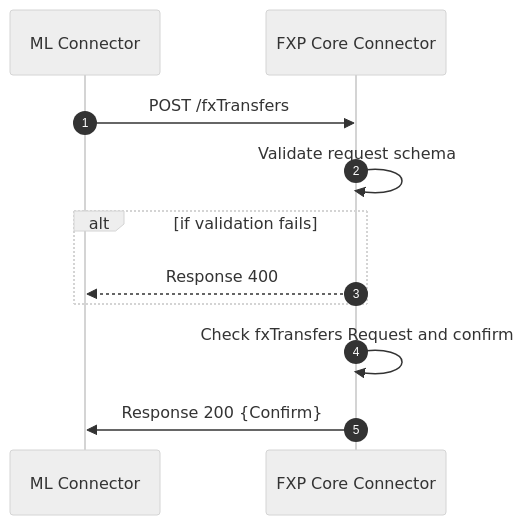
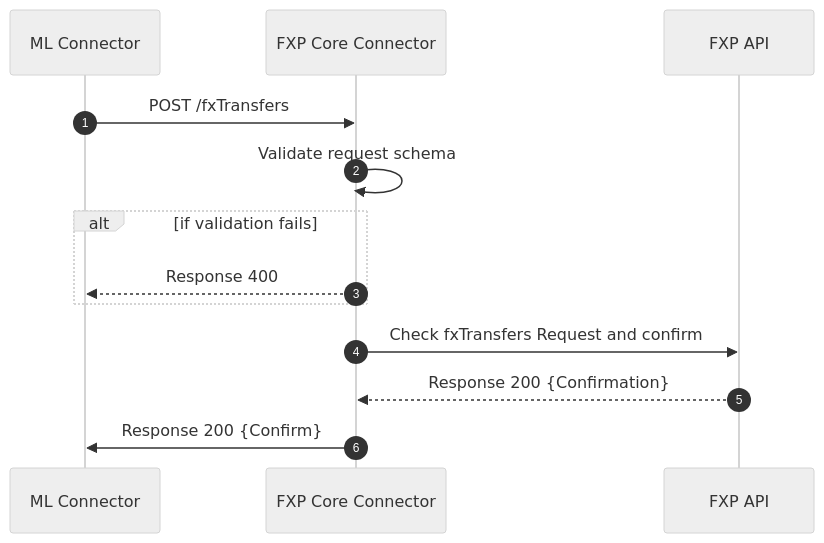
One commit to mojaloop/ml-reference-connectors changed the diagram in packages/core-connector-lib/docs/fxp/fxp-fxTransfers.md. Above: the diagram before and after it, drawn with Mermaid (neutral theme). The commit also changed 1 other file, not shown here.

Commit message:
feat: added docs for the fxp core connector

````diff
--- a/packages/core-connector-lib/docs/fxp/fxp-fxTransfers.md
+++ b/packages/core-connector-lib/docs/fxp/fxp-fxTransfers.md
@@ -5,11 +5,12 @@
 ```mermaid
 sequenceDiagram
     autonumber
     ML Connector ->> FXP Core Connector: POST /fxTransfers
     FXP Core Connector ->> FXP Core Connector: Validate request schema
     Alt if validation fails
     FXP Core Connector -->> ML Connector: Response 400
     End
-    FXP Core Connector ->> FXP Core Connector: Check fxTransfers Request and confirm
+    FXP Core Connector ->> FXP API: Check fxTransfers Request and confirm
+    FXP API -->> FXP Core Connector: Response 200 {Confirmation}
     FXP Core Connector ->> ML Connector:  Response 200 {Confirm}
 ```
````
